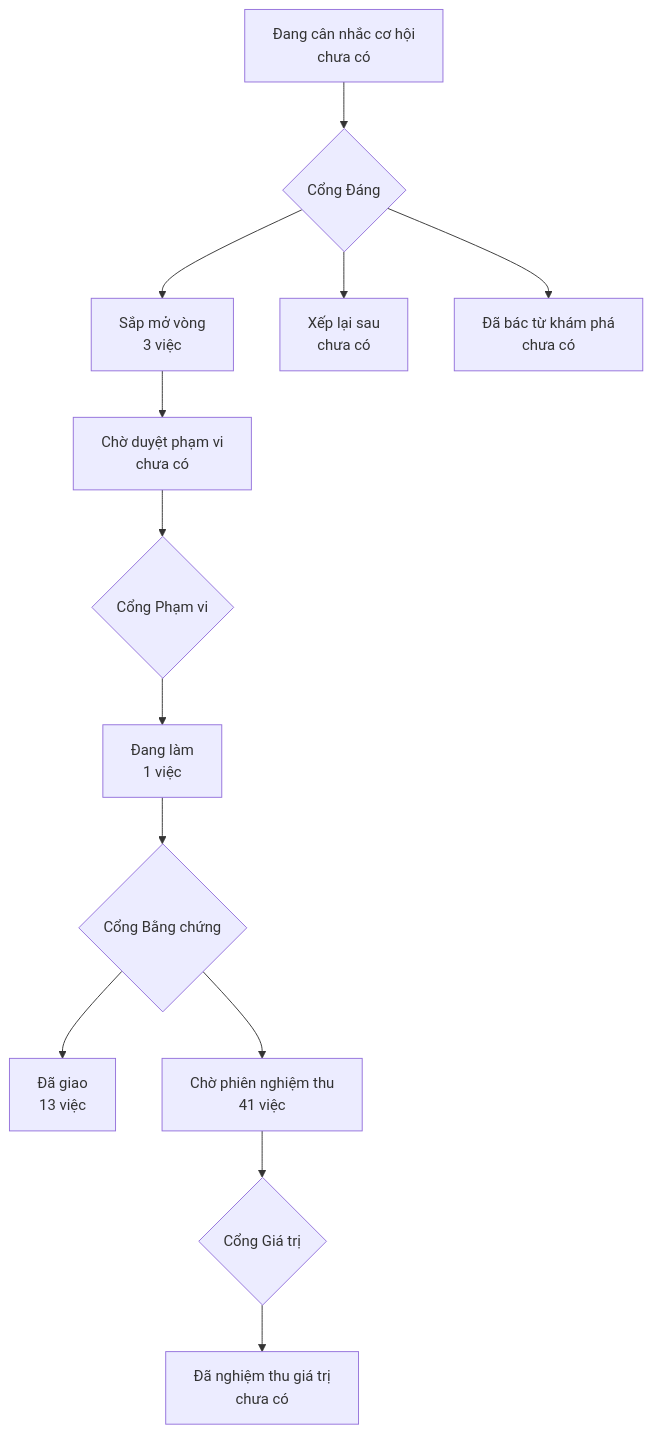
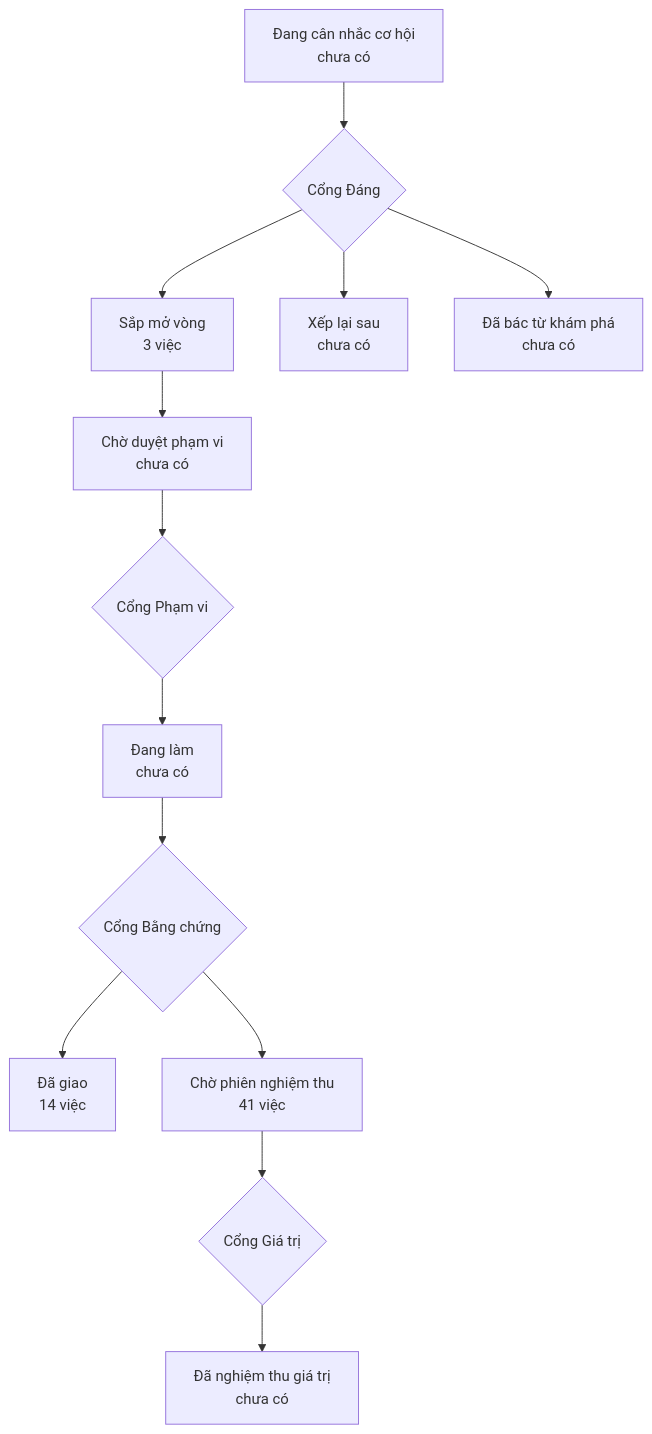
The diagram in PRODUCT-MAP.md (phanlemanh/onehub-quy-hang), drawn with Mermaid before and after one commit. The commit also changed other lines of this file and 2 other files, not shown here.

````diff
--- a/PRODUCT-MAP.md
+++ b/PRODUCT-MAP.md
@@ -7,12 +7,12 @@
 ```mermaid
 flowchart TD
   A["Đang cân nhắc cơ hội<br/>chưa có"] --> GD{"Cổng Đáng"}
   GD --> B["Sắp mở vòng<br/>3 việc"]
   GD --> XL["Xếp lại sau<br/>chưa có"]
   GD --> DB["Đã bác từ khám phá<br/>chưa có"]
   B --> CD["Chờ duyệt phạm vi<br/>chưa có"] --> GP{"Cổng Phạm vi"}
-  GP --> DL["Đang làm<br/>1 việc"] --> GB{"Cổng Bằng chứng"}
-  GB --> DG["Đã giao<br/>13 việc"]
+  GP --> DL["Đang làm<br/>chưa có"] --> GB{"Cổng Bằng chứng"}
+  GB --> DG["Đã giao<br/>14 việc"]
   GB --> CN["Chờ phiên nghiệm thu<br/>41 việc"] --> GG{"Cổng Giá trị"}
   GG --> NT["Đã nghiệm thu giá trị<br/>chưa có"]
 ```
````
